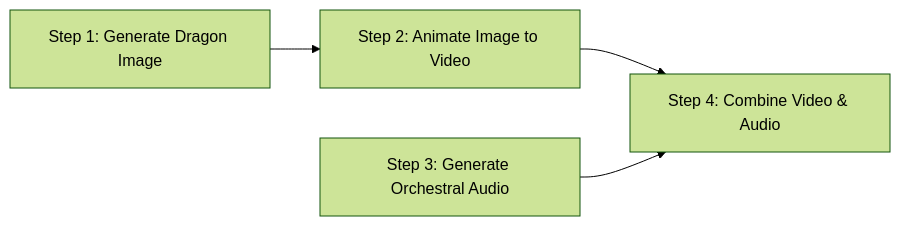
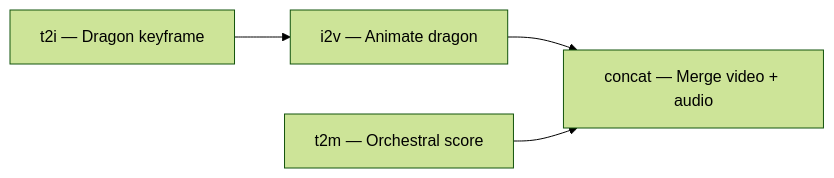
One commit to mblanc/flowcraft changed the first of 2 diagrams in docs/canvas/topology.mdx. Above: the diagram before and after it, drawn with Mermaid (forest theme). The commit also changed other lines of this file and 4 other files, not shown here.

Commit message:
docs: expand canvas and flow editor pages with full UI, skills, and action detail

````diff
--- a/docs/canvas/topology.mdx
+++ b/docs/canvas/topology.mdx
@@ -14,6 +14,6 @@
 ```mermaid
 graph LR
-  A["Step 1: Generate Dragon Image"] --> B["Step 2: Animate Image to Video"]
-  B --> D["Step 4: Combine Video & Audio"]
-  C["Step 3: Generate Orchestral Audio"] --> D
+  A["t2i — Dragon keyframe"] --> B["i2v — Animate dragon"]
+  B --> D["concat — Merge video + audio"]
+  C["t2m — Orchestral score"] --> D
 ```
````
